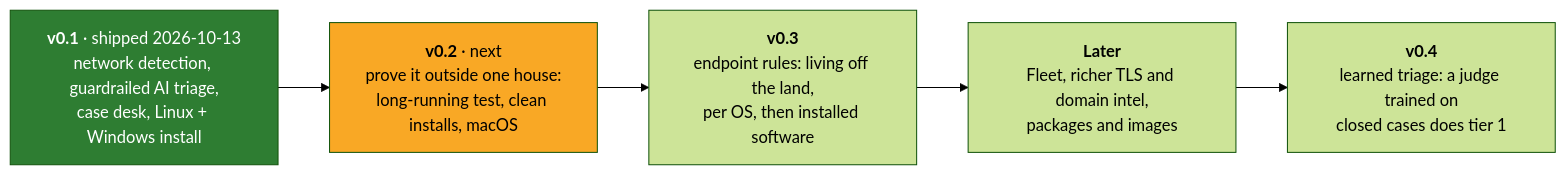
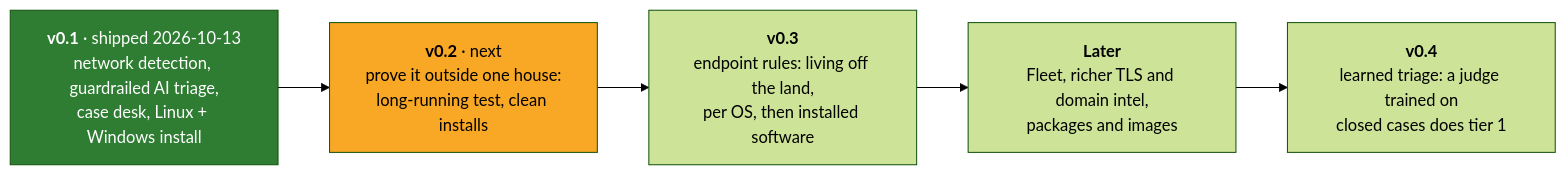
The diagram in docs/ROADMAP.md (barnabys-drew/tapwatch), drawn with Mermaid (forest theme) before and after one commit. The commit also changed other lines of this file and 1 other file, not shown here.

First line of the commit message:
Roadmap: macOS moves to Later until there's a Mac to test on

````diff
--- a/docs/ROADMAP.md
+++ b/docs/ROADMAP.md
@@ -6,11 +6,11 @@
 ```mermaid
 flowchart LR
     A["<b>v0.1</b> · shipped 2026-10-13<br/>network detection, guardrailed AI triage,<br/>case desk, Linux + Windows install"]
-    B["<b>v0.2</b> · next<br/>prove it outside one house:<br/>long-running test, clean installs, macOS"]
+    B["<b>v0.2</b> · next<br/>prove it outside one house:<br/>long-running test, clean installs"]
     C["<b>v0.3</b><br/>endpoint rules: living off the land,<br/>per OS, then installed software"]
     D["<b>Later</b><br/>Fleet, richer TLS and domain intel,<br/>packages and images"]
     E["<b>v0.4</b><br/>learned triage: a judge trained on<br/>closed cases does tier 1"]
     A --> B --> C --> D --> E
     style A fill:#2e7d32,color:#fff
     style B fill:#f9a825,color:#000
 ```
````
